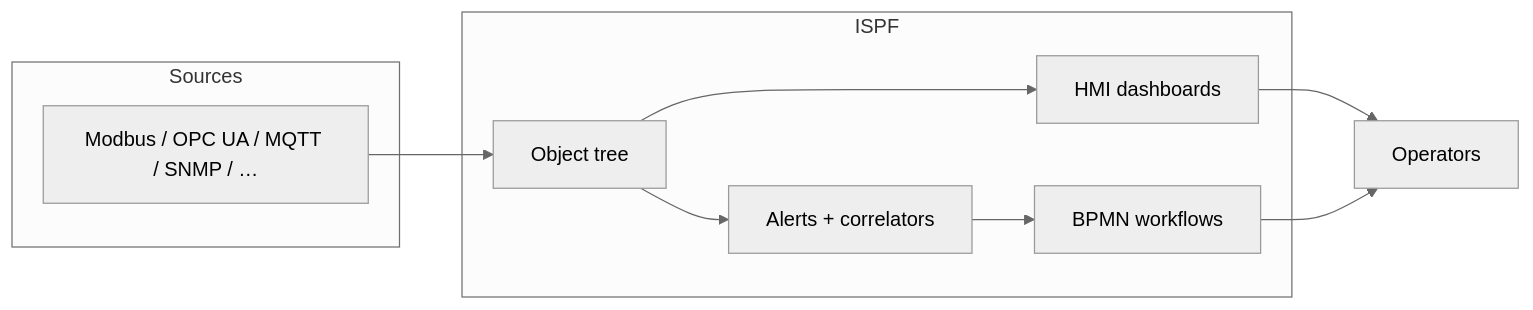
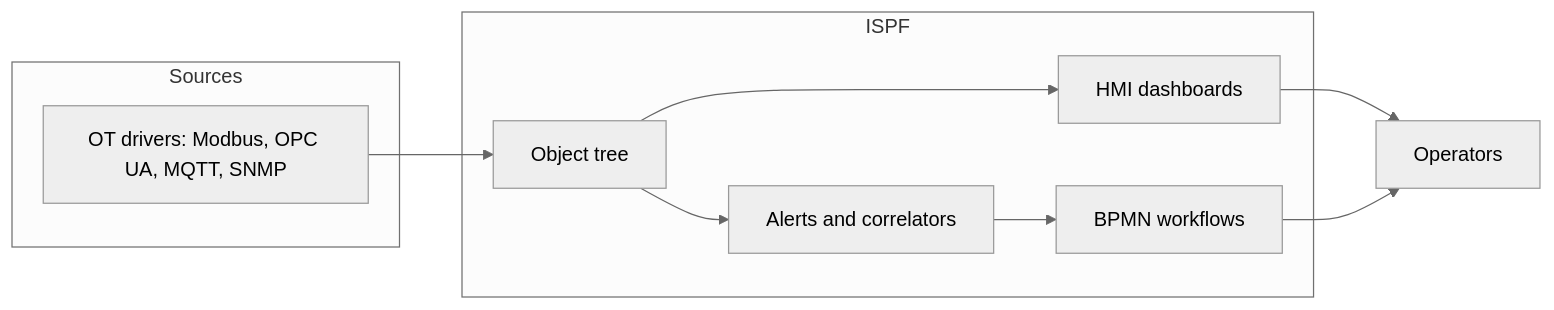
Before and after one commit to iot-solutions-ru/ispf: the diagram in README.md, drawn with Mermaid (neutral theme).

Commit message:
fix(readme): quote Mermaid node labels for GitHub renderer.
Unquoted slashes, plus signs, and ellipsis in flowchart labels break GitHub Mermaid parsing.

````diff
--- a/README.md
+++ b/README.md
@@ -30,18 +30,18 @@
 ```mermaid
 flowchart LR
   subgraph Sources
-    D[Modbus / OPC UA / MQTT / SNMP / …]
+    D["OT drivers: Modbus, OPC UA, MQTT, SNMP"]
   end
   subgraph ISPF
-    T[Object tree]
-    H[HMI dashboards]
-    A[Alerts + correlators]
-    W[BPMN workflows]
+    T["Object tree"]
+    H["HMI dashboards"]
+    A["Alerts and correlators"]
+    W["BPMN workflows"]
   end
   D --> T
   T --> H
   T --> A
   A --> W
-  H --> Op[Operators]
+  H --> Op["Operators"]
   W --> Op
 ```
````
